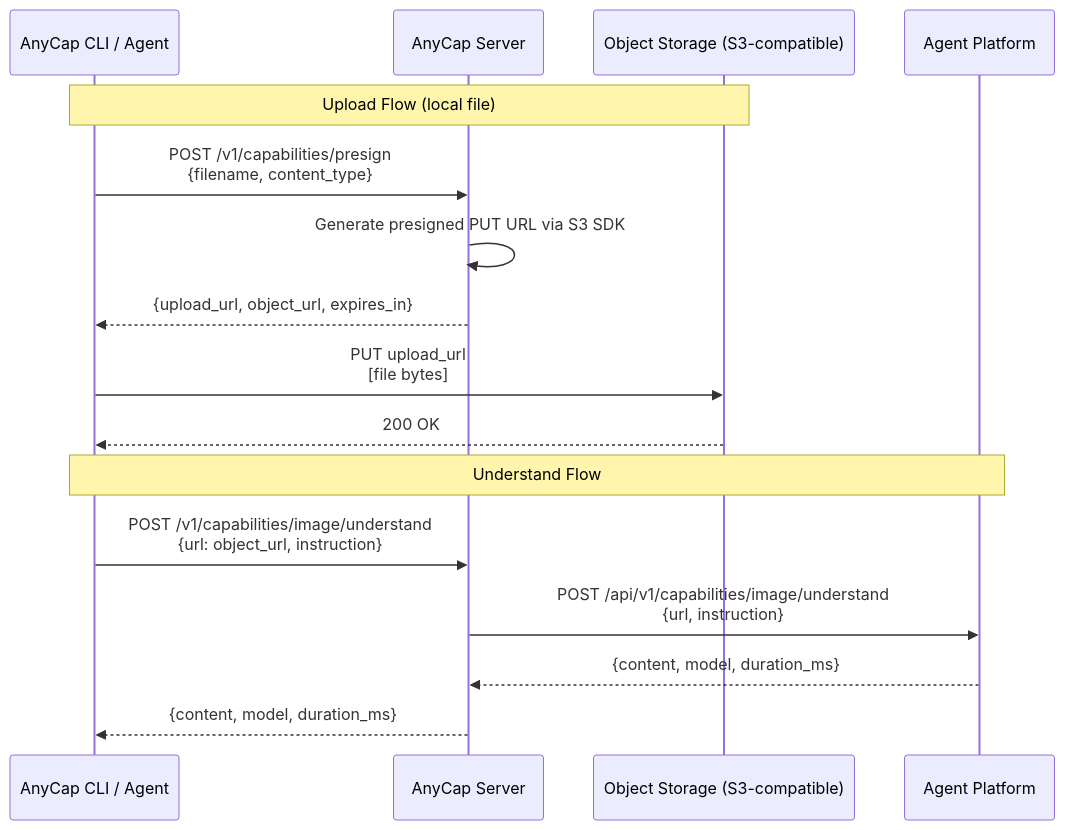
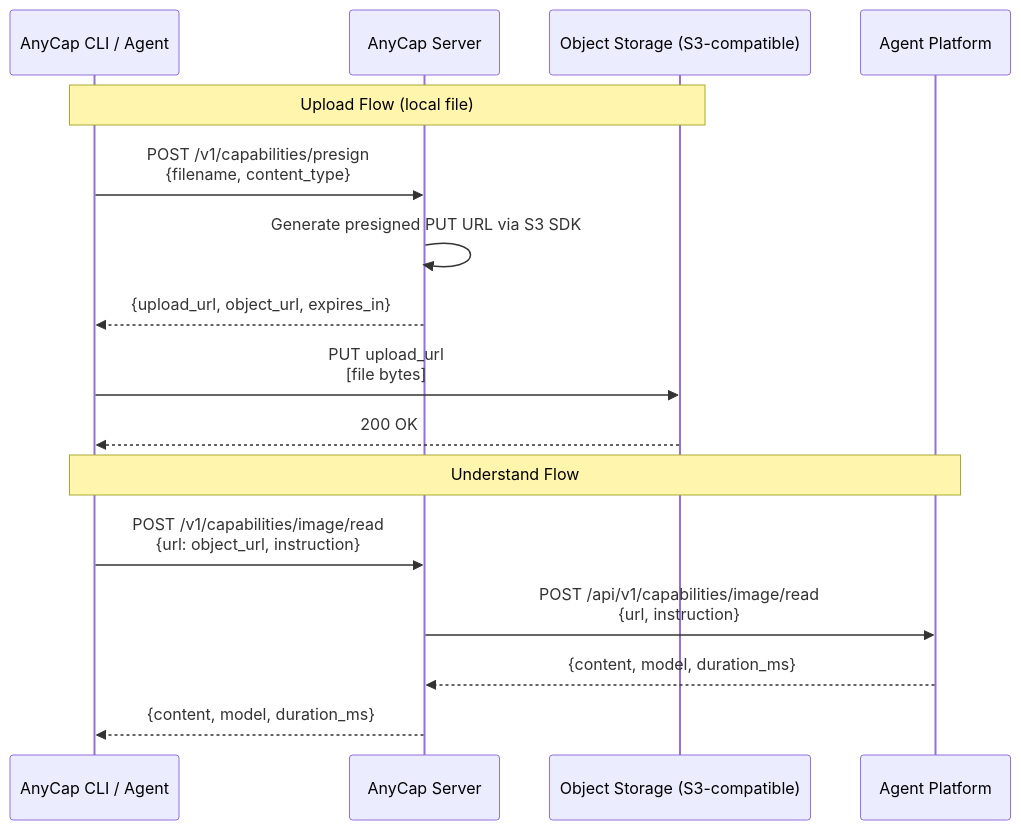
The first of 2 diagrams in docs/action/spec/capabilities-understand.md (anycap-ai/anycap), drawn with Mermaid before and after one commit. The commit also changed other lines of this file and 63 other files, not shown here.

First line of the commit message:
refactor: rename image-understand to image-read across codebase

````diff
--- a/docs/action/spec/capabilities-understand.md
+++ b/docs/action/spec/capabilities-understand.md
@@ -14,20 +14,20 @@
 ```mermaid
 sequenceDiagram
     participant CLI as AnyCap CLI / Agent
     participant Server as AnyCap Server
     participant S3 as Object Storage (S3-compatible)
     participant AP as Agent Platform
 
     Note over CLI,S3: Upload Flow (local file)
     CLI->>Server: POST /v1/capabilities/presign<br/>{filename, content_type}
     Server->>Server: Generate presigned PUT URL via S3 SDK
     Server-->>CLI: {upload_url, object_url, expires_in}
     CLI->>S3: PUT upload_url<br/>[file bytes]
     S3-->>CLI: 200 OK
 
     Note over CLI,AP: Understand Flow
-    CLI->>Server: POST /v1/capabilities/image/understand<br/>{url: object_url, instruction}
-    Server->>AP: POST /api/v1/capabilities/image/understand<br/>{url, instruction}
+    CLI->>Server: POST /v1/capabilities/image/read<br/>{url: object_url, instruction}
+    Server->>AP: POST /api/v1/capabilities/image/read<br/>{url, instruction}
     AP-->>Server: {content, model, duration_ms}
     Server-->>CLI: {content, model, duration_ms}
 ```
````
